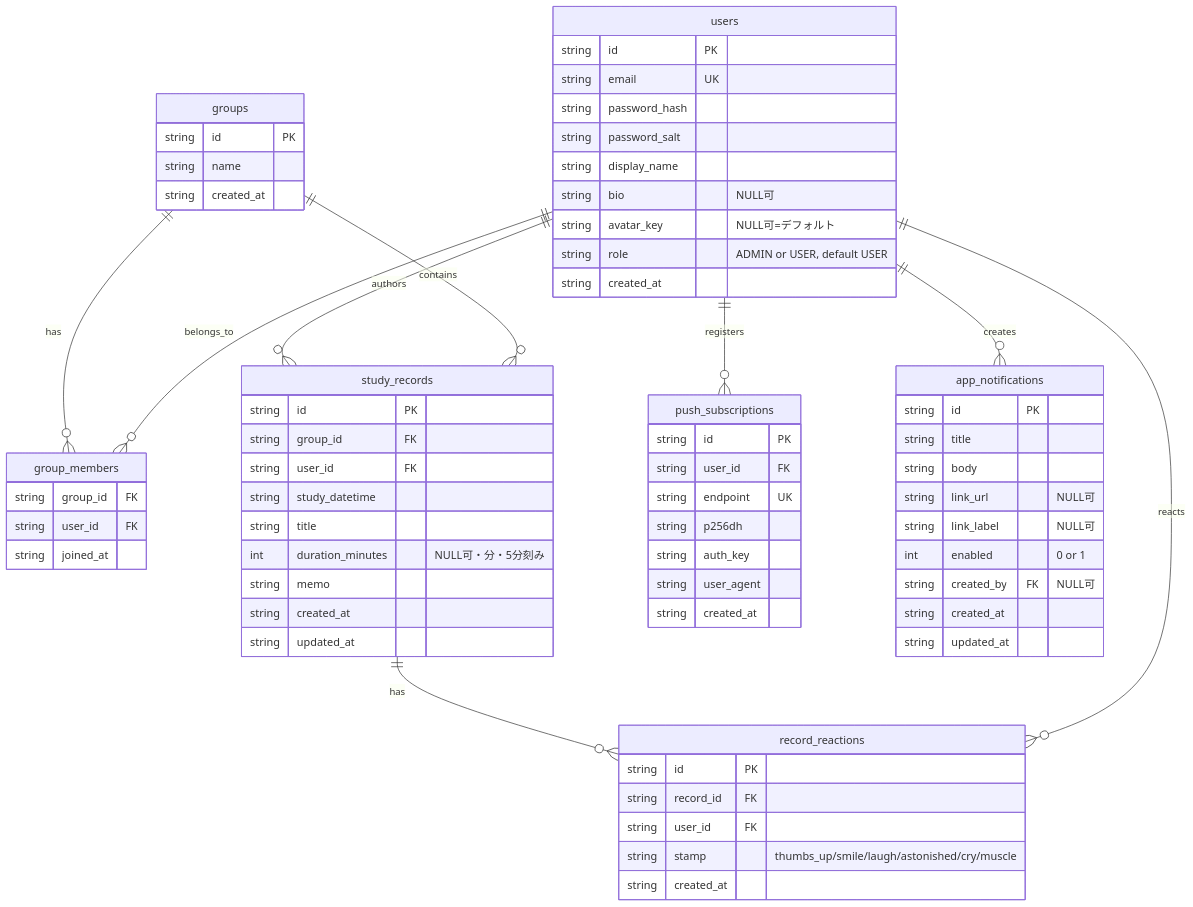
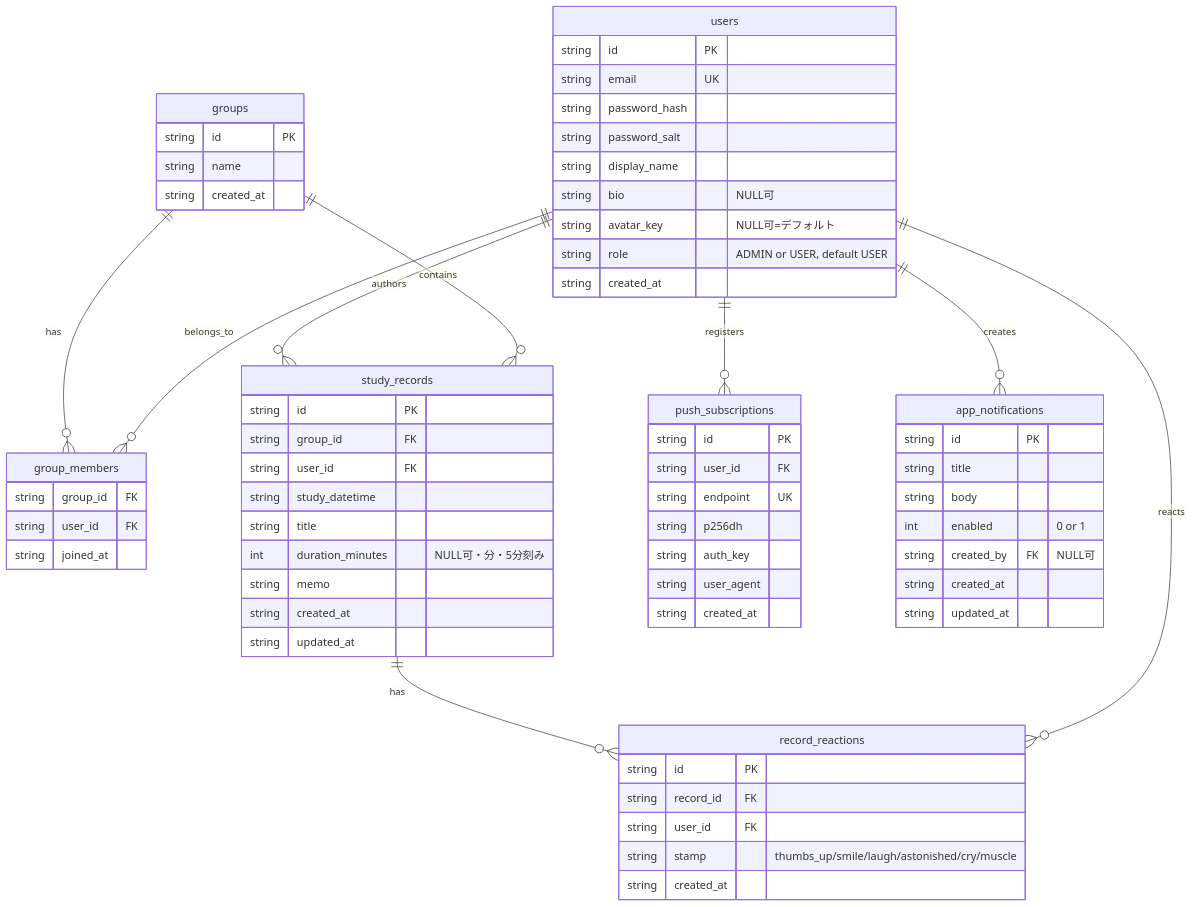
One commit to Hossori/shared-study-logger changed the diagram in docs/data-model.md. Above: the diagram before and after it, drawn with Mermaid. The commit also changed other lines of this file and 10 other files, not shown here.

````diff
--- a/docs/data-model.md
+++ b/docs/data-model.md
@@ -8,71 +8,69 @@
 ```mermaid
 erDiagram
   users ||--o{ group_members : belongs_to
   groups ||--o{ group_members : has
   groups ||--o{ study_records : contains
   users ||--o{ study_records : authors
   users ||--o{ record_reactions : reacts
   study_records ||--o{ record_reactions : has
   users ||--o{ push_subscriptions : registers
   users ||--o{ app_notifications : creates
 
   users {
     string id PK
     string email UK
     string password_hash
     string password_salt
     string display_name
     string bio "NULL可"
     string avatar_key "NULL可=デフォルト"
     string role "ADMIN or USER, default USER"
     string created_at
   }
   groups {
     string id PK
     string name
     string created_at
   }
   group_members {
     string group_id FK
     string user_id FK
     string joined_at
   }
   study_records {
     string id PK
     string group_id FK
     string user_id FK
     string study_datetime
     string title
     int duration_minutes "NULL可・分・5分刻み"
     string memo
     string created_at
     string updated_at
   }
   record_reactions {
     string id PK
     string record_id FK
     string user_id FK
     string stamp "thumbs_up/smile/laugh/astonished/cry/muscle"
     string created_at
   }
   push_subscriptions {
     string id PK
     string user_id FK
     string endpoint UK
     string p256dh
     string auth_key
     string user_agent
     string created_at
   }
   app_notifications {
     string id PK
     string title
     string body
-    string link_url "NULL可"
-    string link_label "NULL可"
     int enabled "0 or 1"
     string created_by FK "NULL可"
     string created_at
     string updated_at
   }
 ```
````
